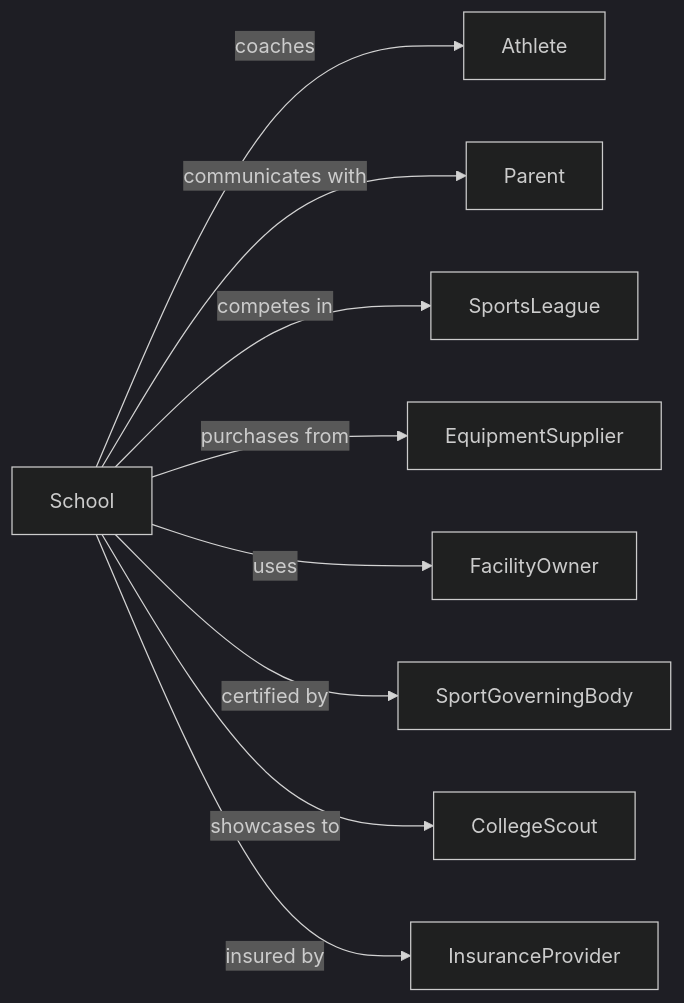
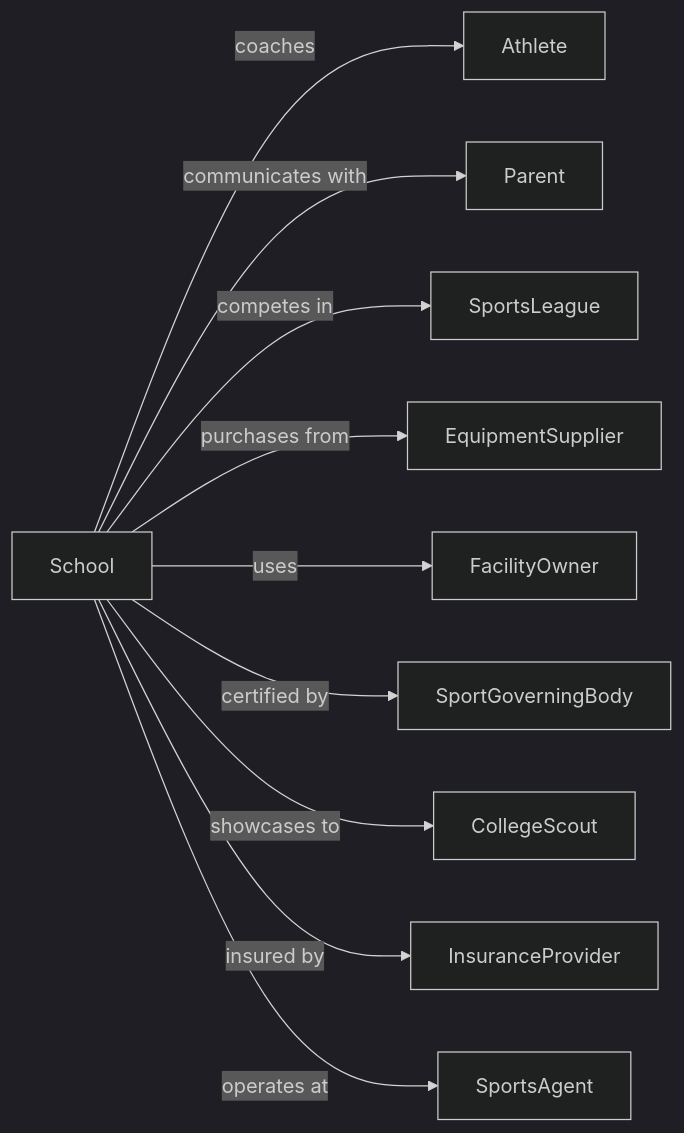
One commit to dot-org-ai/industries.org.ai changed the second of 2 diagrams in Education/Education/OtherSchoolsAndInstruction/SportsAndRecreationInstruction.mdx. Above: the diagram before and after it, drawn with Mermaid (dark theme). The commit also changed 588 other files, not shown here.

````diff
--- a/Education/Education/OtherSchoolsAndInstruction/SportsAndRecreationInstruction.mdx
+++ b/Education/Education/OtherSchoolsAndInstruction/SportsAndRecreationInstruction.mdx
@@ -142,13 +142,14 @@
 ```mermaid
 graph LR
     S[School]
 
     S -->|coaches| Athlete
     S -->|communicates with| Parent
     S -->|competes in| SportsLeague
     S -->|purchases from| EquipmentSupplier
     S -->|uses| FacilityOwner
     S -->|certified by| SportGoverningBody
     S -->|showcases to| CollegeScout
     S -->|insured by| InsuranceProvider
+    S -->|operates at| SportsAgent
 ```
````
